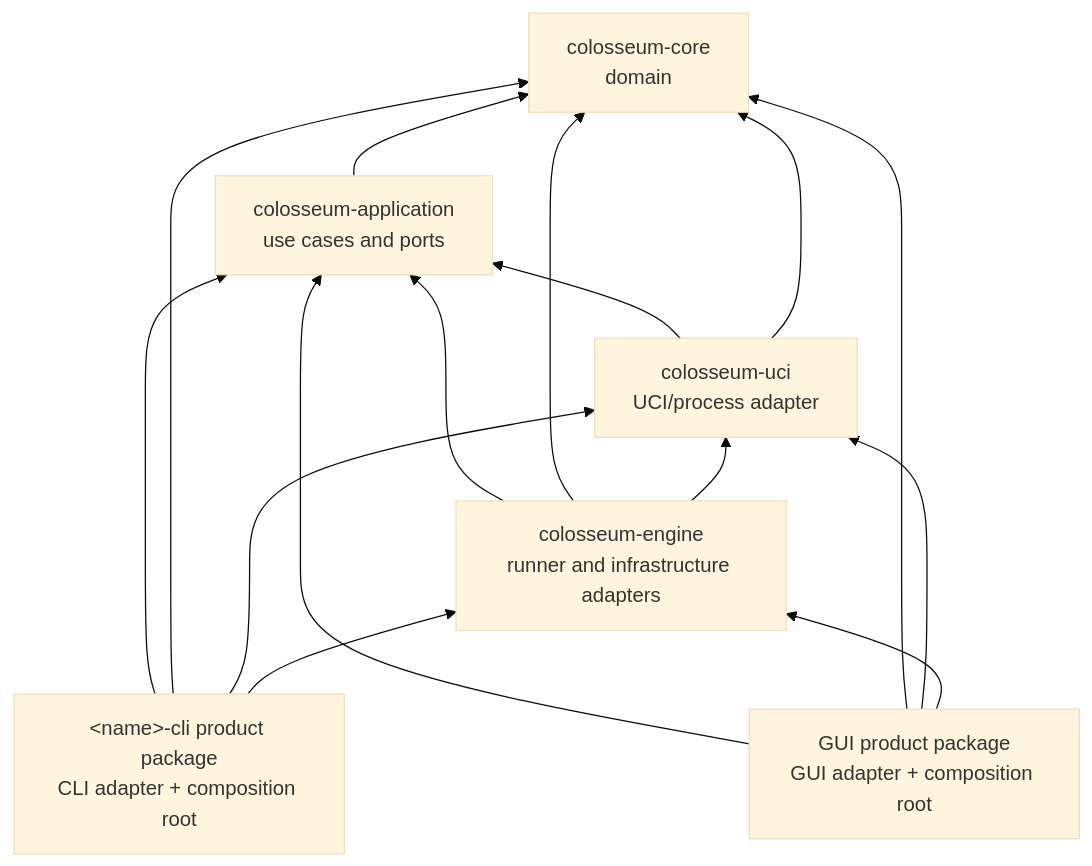
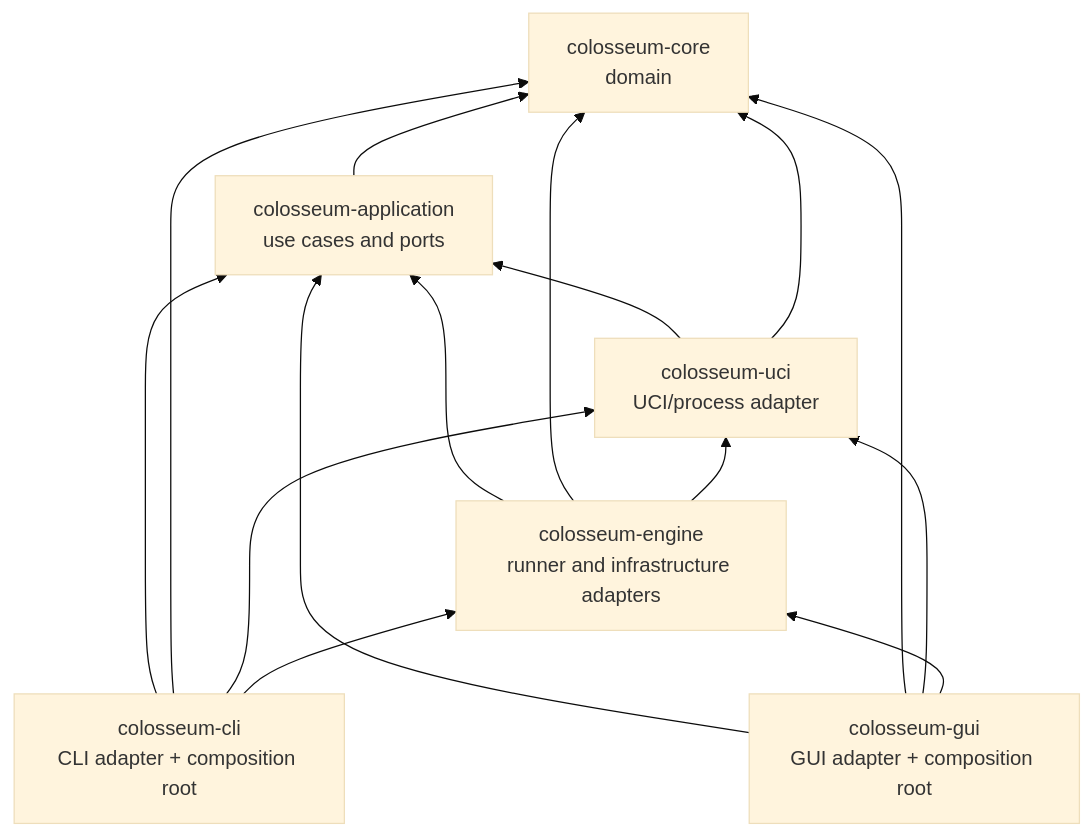
One commit to maelic13/colosseum changed the first of 2 diagrams in docs/architecture/target-architecture.md. Above: the diagram before and after it, drawn with Mermaid (base theme). The commit also changed other lines of this file and 10 other files, not shown here.

````diff
--- a/docs/architecture/target-architecture.md
+++ b/docs/architecture/target-architecture.md
@@ -41,24 +41,24 @@
 ```mermaid
 flowchart BT
     CORE["colosseum-core<br/>domain"]
     APP["colosseum-application<br/>use cases and ports"]
     UCI["colosseum-uci<br/>UCI/process adapter"]
     ENGINE["colosseum-engine<br/>runner and infrastructure adapters"]
-    CLI["&lt;name&gt;-cli product package<br/>CLI adapter + composition root"]
-    GUI["GUI product package<br/>GUI adapter + composition root"]
+    CLI["colosseum-cli<br/>CLI adapter + composition root"]
+    GUI["colosseum-gui<br/>GUI adapter + composition root"]
 
     APP --> CORE
     UCI --> APP
     UCI --> CORE
     ENGINE --> APP
     ENGINE --> CORE
     ENGINE --> UCI
     CLI --> APP
     CLI --> CORE
     CLI --> UCI
     CLI --> ENGINE
     GUI --> APP
     GUI --> CORE
     GUI --> UCI
     GUI --> ENGINE
 ```
````
